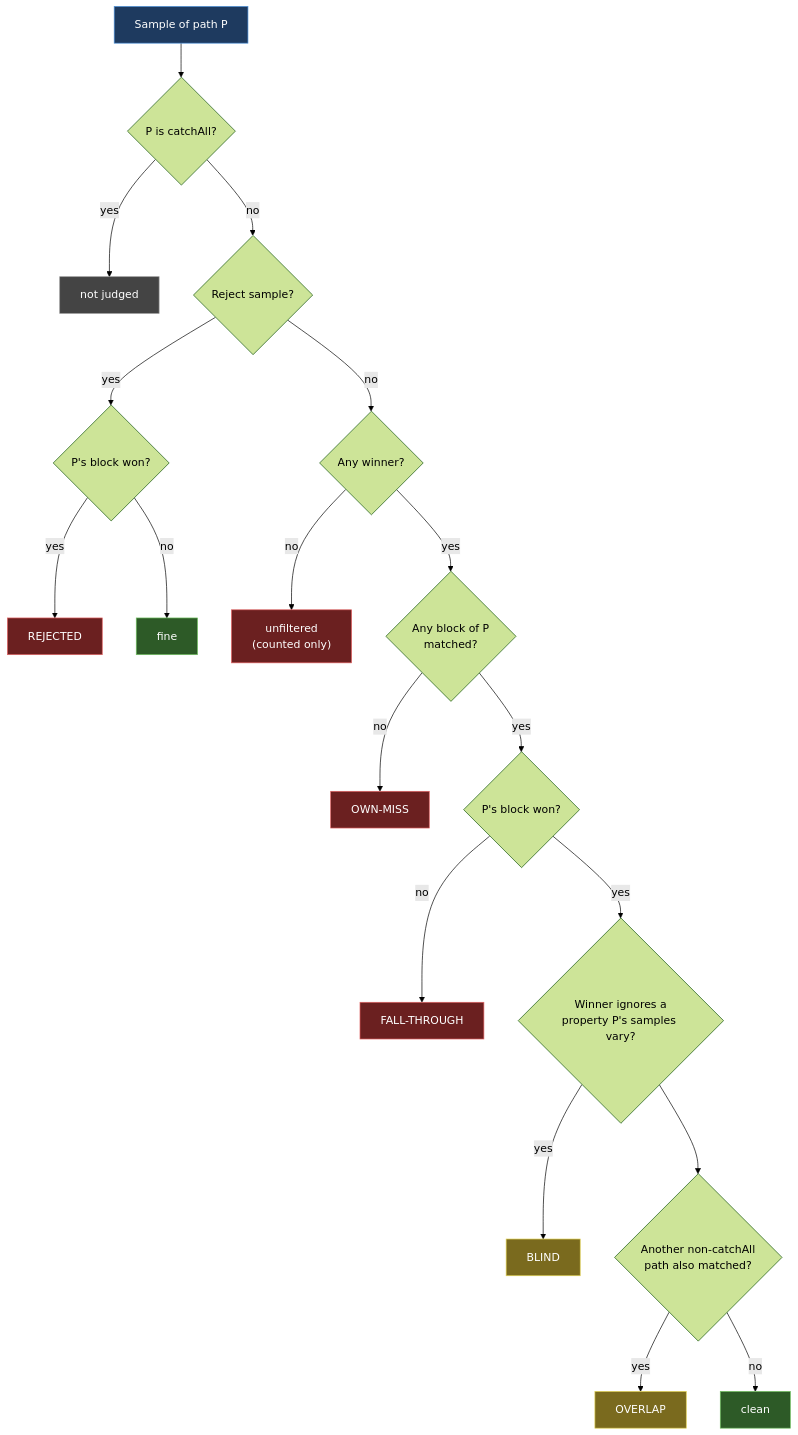
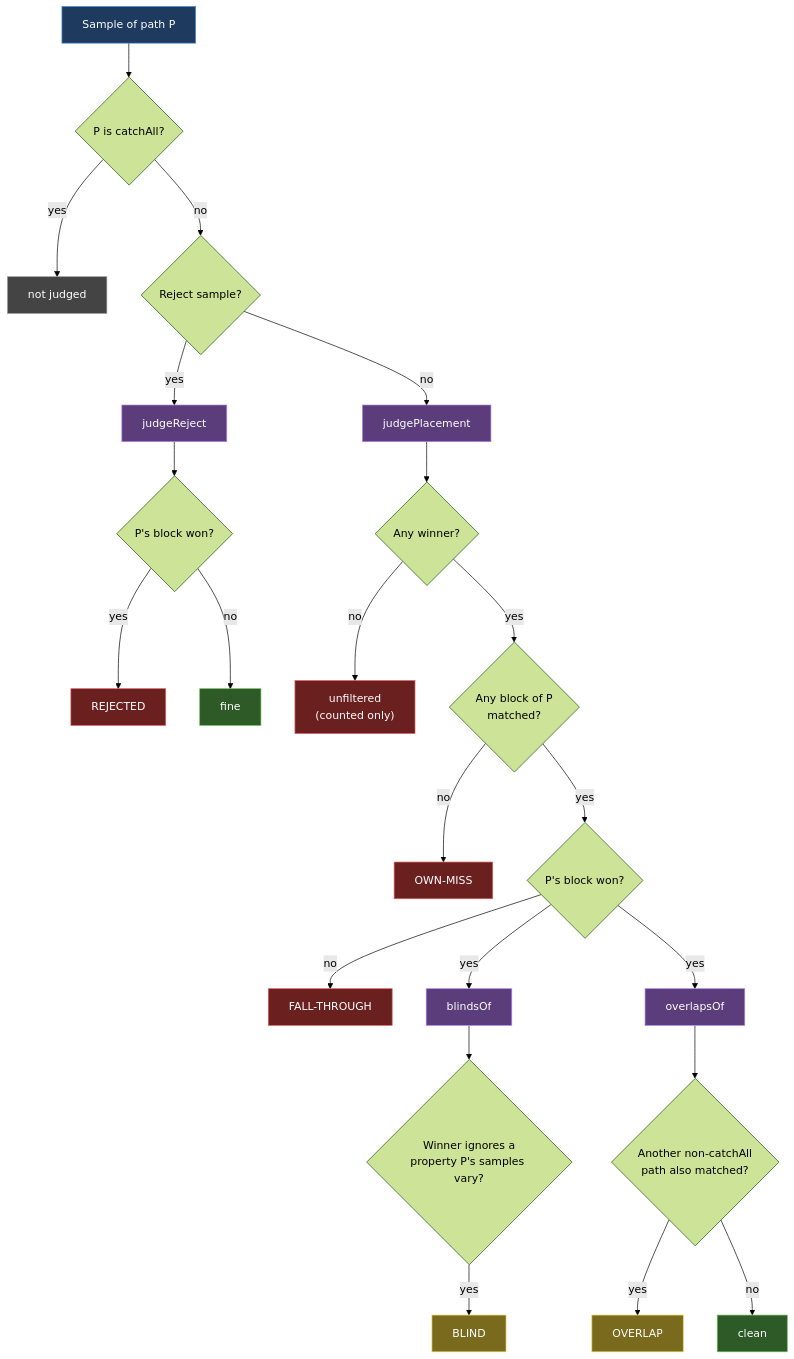
Before and after one commit to andreicaminschi/poe-stuff: the fourth of 5 diagrams in docs/sample-validation.md, drawn with Mermaid (forest theme). The commit also changed other lines of this file and 1 other file, not shown here.

````diff
--- a/docs/sample-validation.md
+++ b/docs/sample-validation.md
@@ -132,45 +158,50 @@
 ```mermaid
 flowchart TD
     classDef start fill:#1e3a5f,stroke:#4a90d9,color:#fff
     classDef ok fill:#2d5a27,stroke:#6fbf5f,color:#fff
     classDef bad fill:#6b2020,stroke:#e06060,color:#fff
     classDef warn fill:#7a6a1e,stroke:#e0d050,color:#fff
     classDef skip fill:#444,stroke:#999,color:#fff
+    classDef judge fill:#5a3d7a,stroke:#b388eb,color:#fff
 
     S["Sample of path P"]:::start
     CA{"P is catchAll?"}
     SKIP["not judged"]:::skip
     RJ{"Reject sample?"}
+    JR["judgeReject"]:::judge
     RJT{"P's block won?"}
     REJ["REJECTED"]:::bad
     FINE1["fine"]:::ok
+    JP["judgePlacement"]:::judge
     W{"Any winner?"}
     UNF["unfiltered<br/>(counted only)"]:::bad
     OWN{"Any block of P<br/>matched?"}
     OM["OWN-MISS"]:::bad
     WIN{"P's block won?"}
     FT["FALL-THROUGH"]:::bad
+    BO["blindsOf"]:::judge
     BL{"Winner ignores a<br/>property P's samples vary?"}
     BLIND["BLIND"]:::warn
+    OO["overlapsOf"]:::judge
     OV{"Another non-catchAll<br/>path also matched?"}
     OVER["OVERLAP"]:::warn
     OK["clean"]:::ok
 
     S --> CA
     CA -- yes --> SKIP
     CA -- no --> RJ
-    RJ -- yes --> RJT
+    RJ -- yes --> JR --> RJT
     RJT -- yes --> REJ
     RJT -- no --> FINE1
-    RJ -- no --> W
+    RJ -- no --> JP --> W
     W -- no --> UNF
     W -- yes --> OWN
     OWN -- no --> OM
     OWN -- yes --> WIN
     WIN -- no --> FT
-    WIN -- yes --> BL
+    WIN -- yes --> BO --> BL
     BL -- yes --> BLIND
-    BL --> OV
+    WIN -- yes --> OO --> OV
     OV -- yes --> OVER
     OV -- no --> OK
 ```
````
